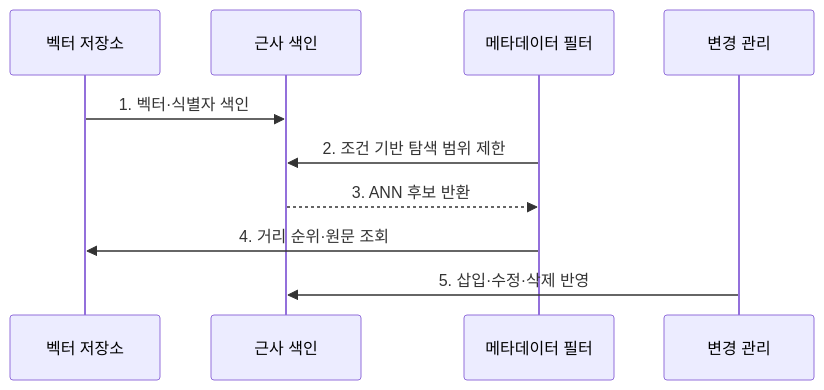
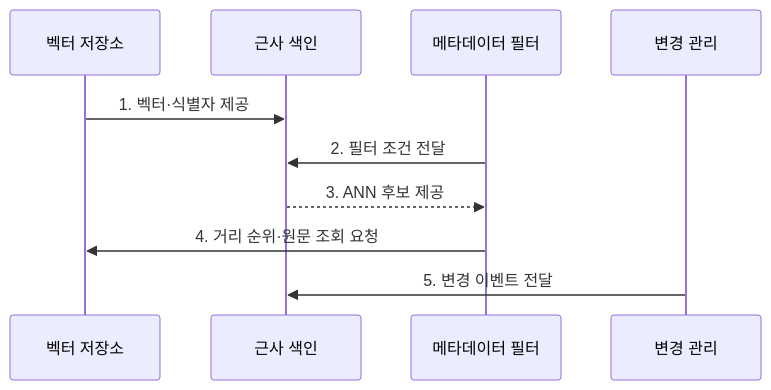
Before and after one commit to agnusdei1207/knowledge-base: the second of 2 diagrams in src/content/docs/notes/08-latest-tech/075_vector_database.md, drawn with Mermaid. The commit also changed other lines of this file and 225 other files, not shown here.

````diff
--- a/src/content/docs/notes/08-latest-tech/075_vector_database.md
+++ b/src/content/docs/notes/08-latest-tech/075_vector_database.md
@@ -80,12 +80,12 @@
 ```mermaid
 sequenceDiagram
   participant S as 벡터 저장소
   participant I as 근사 색인
   participant F as 메타데이터 필터
   participant C as 변경 관리
-  S->>I: 1. 벡터·식별자 색인
-  F->>I: 2. 조건 기반 탐색 범위 제한
-  I-->>F: 3. ANN 후보 반환
-  F->>S: 4. 거리 순위·원문 조회
-  C->>I: 5. 삽입·수정·삭제 반영
+  S->>I: 1. 벡터·식별자 제공
+  F->>I: 2. 필터 조건 전달
+  I-->>F: 3. ANN 후보 제공
+  F->>S: 4. 거리 순위·원문 조회 요청
+  C->>I: 5. 변경 이벤트 전달
 ```
````
